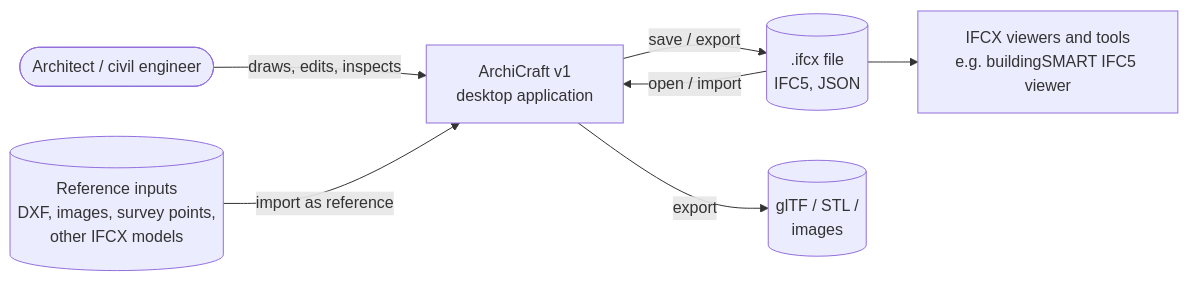
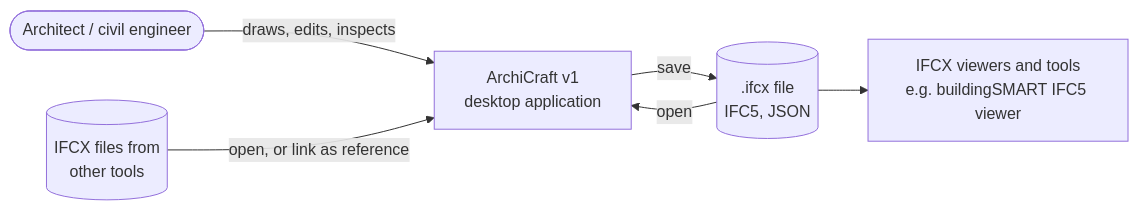
Before and after one commit to ArchiCraftApp/ArchiCraft: the first of 2 diagrams in docs/SRS.md, drawn with Mermaid. The commit also changed other lines of this file and 1 other file, not shown here.

````diff
--- a/docs/SRS.md
+++ b/docs/SRS.md
@@ -171,9 +173,8 @@
 ```mermaid
 flowchart LR
     U([Architect / civil engineer]) -->|draws, edits, inspects| AC[ArchiCraft v1<br/>desktop application]
-    AC -->|save / export| IFCX[(.ifcx file<br/>IFC5, JSON)]
-    IFCX -->|open / import| AC
+    AC -->|save| IFCX[(.ifcx file<br/>IFC5, JSON)]
+    IFCX -->|open| AC
     IFCX --> V[IFCX viewers and tools<br/>e.g. buildingSMART IFC5 viewer]
-    REF[(Reference inputs<br/>DXF, images, survey points,<br/>other IFCX models)] -->|import as reference| AC
-    AC -->|export| OUT[(glTF / STL /<br/>images)]
+    REF[(IFCX files from<br/>other tools)] -->|open, or link as reference| AC
 ```
````
